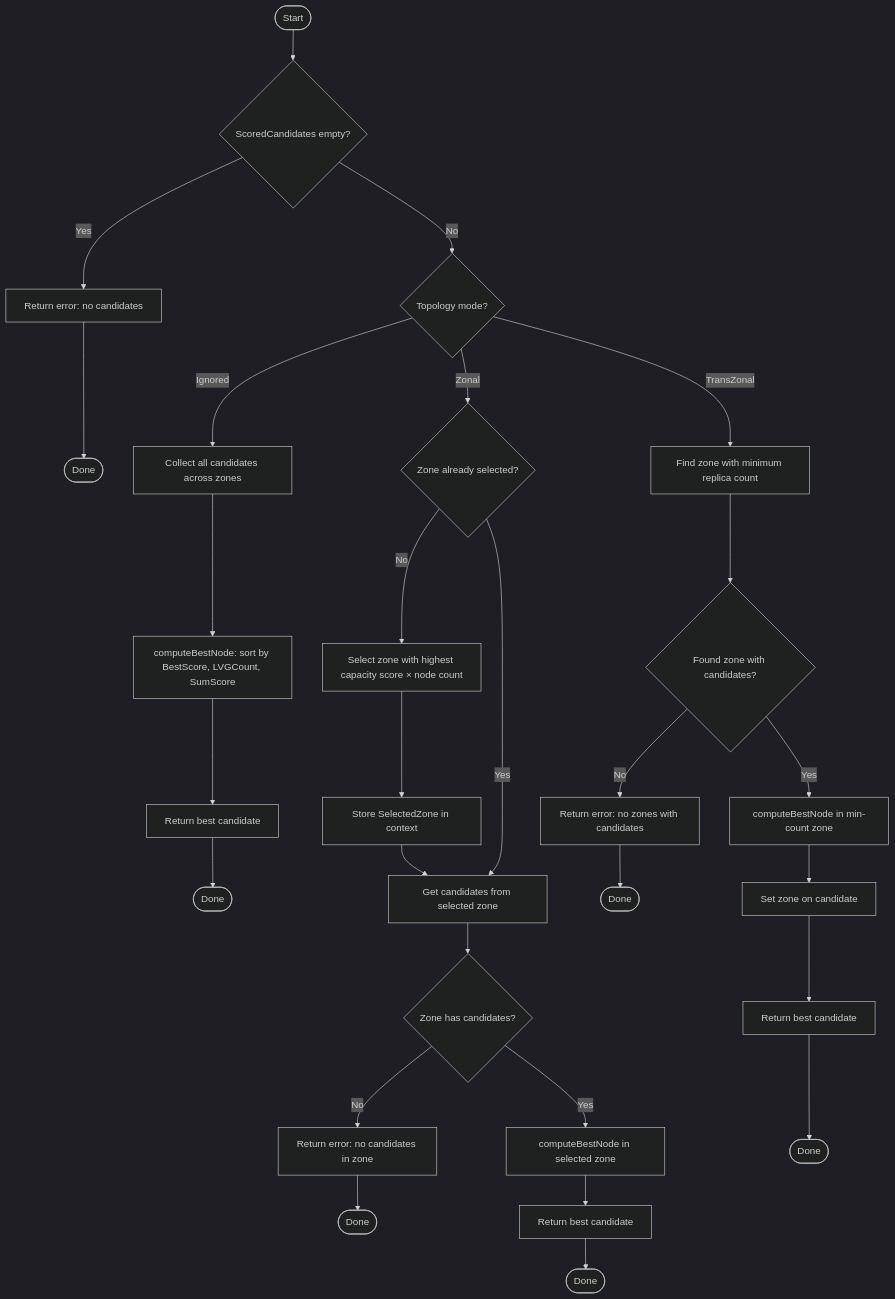
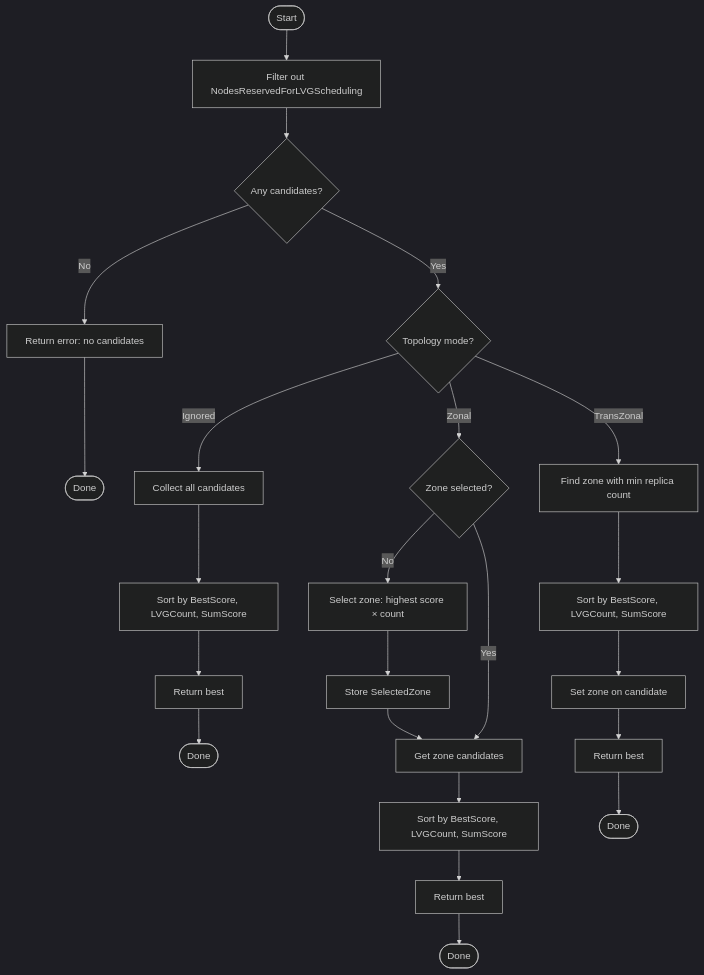
One commit to deckhouse/sds-replicated-volume changed the seventh of 7 diagrams in images/controller/internal/controllers/rvr_scheduling_controller/README.md. Above: the diagram before and after it, drawn with Mermaid (dark theme). The commit also changed other lines of this file, not shown here.

````diff
--- a/images/controller/internal/controllers/rvr_scheduling_controller/README.md
+++ b/images/controller/internal/controllers/rvr_scheduling_controller/README.md
@@ -549,34 +573,29 @@
 ```mermaid
 flowchart TD
-    Start([Start]) --> CheckCandidates{ScoredCandidates empty?}
-    CheckCandidates -->|Yes| ErrorNoCandidates[Return error: no candidates]
+    Start([Start]) --> FilterReserved[Filter out NodesReservedForLVGScheduling]
+    FilterReserved --> CheckCandidates{Any candidates?}
+    CheckCandidates -->|No| ErrorNoCandidates[Return error: no candidates]
     ErrorNoCandidates --> End1([Done])
 
-    CheckCandidates -->|No| CheckTopology{Topology mode?}
+    CheckCandidates -->|Yes| CheckTopology{Topology mode?}
 
-    CheckTopology -->|Ignored| IgnoredMode[Collect all candidates across zones]
-    IgnoredMode --> ComputeBestIgnored[computeBestNode: sort by BestScore, LVGCount, SumScore]
-    ComputeBestIgnored --> ReturnBest1[Return best candidate]
+    CheckTopology -->|Ignored| IgnoredMode[Collect all candidates]
+    IgnoredMode --> ComputeBest1[Sort by BestScore, LVGCount, SumScore]
+    ComputeBest1 --> ReturnBest1[Return best]
     ReturnBest1 --> End2([Done])
 
-    CheckTopology -->|Zonal| ZonalMode{Zone already selected?}
-    ZonalMode -->|No| SelectBestZone[Select zone with highest capacity score × node count]
-    SelectBestZone --> StoreZone[Store SelectedZone in context]
-    StoreZone --> GetZoneCandidates1[Get candidates from selected zone]
-    ZonalMode -->|Yes| GetZoneCandidates1
-    GetZoneCandidates1 --> CheckZoneCandidates1{Zone has candidates?}
-    CheckZoneCandidates1 -->|No| ErrorNoZoneCandidates[Return error: no candidates in zone]
-    ErrorNoZoneCandidates --> End3([Done])
-    CheckZoneCandidates1 -->|Yes| ComputeBestZonal[computeBestNode in selected zone]
-    ComputeBestZonal --> ReturnBest2[Return best candidate]
-    ReturnBest2 --> End4([Done])
+    CheckTopology -->|Zonal| ZonalMode{Zone selected?}
+    ZonalMode -->|No| SelectZone[Select zone: highest score × count]
+    SelectZone --> StoreZone[Store SelectedZone]
+    StoreZone --> GetCandidates1[Get zone candidates]
+    ZonalMode -->|Yes| GetCandidates1
+    GetCandidates1 --> ComputeBest2[Sort by BestScore, LVGCount, SumScore]
+    ComputeBest2 --> ReturnBest2[Return best]
+    ReturnBest2 --> End3([Done])
 
-    CheckTopology -->|TransZonal| TransZonalMode[Find zone with minimum replica count]
-    TransZonalMode --> CheckMinZone{Found zone with candidates?}
-    CheckMinZone -->|No| ErrorNoTransZonalCandidates[Return error: no zones with candidates]
-    ErrorNoTransZonalCandidates --> End5([Done])
-    CheckMinZone -->|Yes| ComputeBestTransZonal[computeBestNode in min-count zone]
-    ComputeBestTransZonal --> SetCandidateZone[Set zone on candidate]
-    SetCandidateZone --> ReturnBest3[Return best candidate]
-    ReturnBest3 --> End6([Done])
+    CheckTopology -->|TransZonal| FindMinZone[Find zone with min replica count]
+    FindMinZone --> ComputeBest3[Sort by BestScore, LVGCount, SumScore]
+    ComputeBest3 --> SetZone[Set zone on candidate]
+    SetZone --> ReturnBest3[Return best]
+    ReturnBest3 --> End4([Done])
 ```
````
